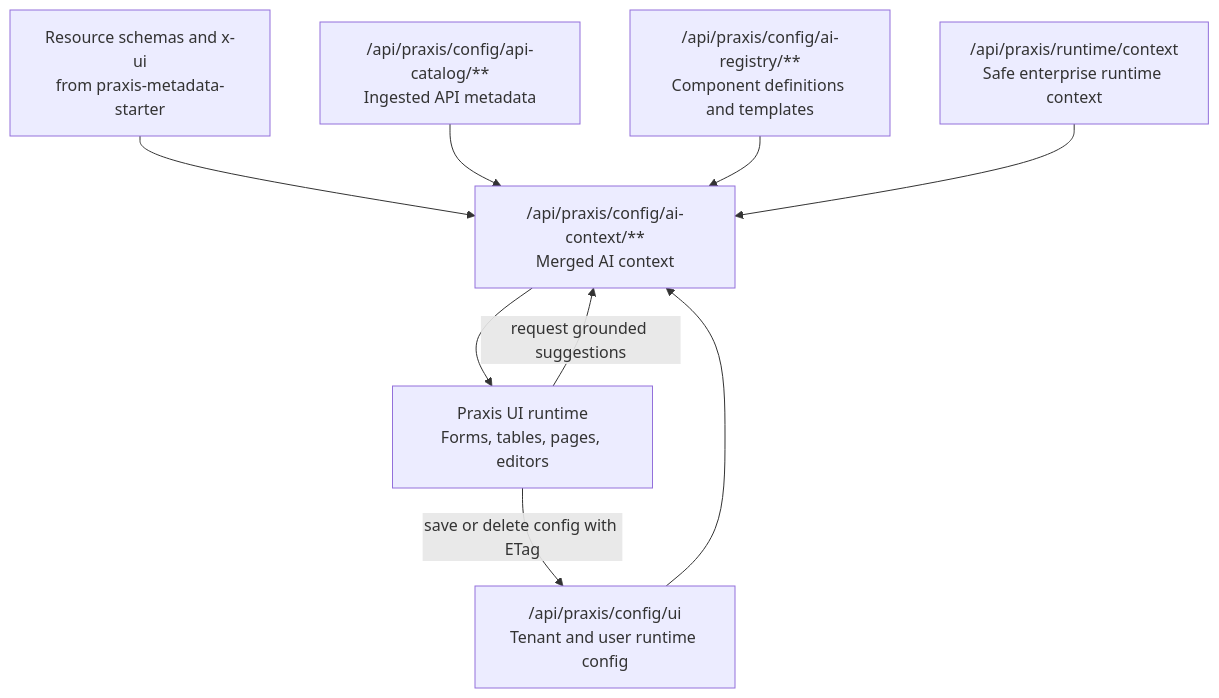
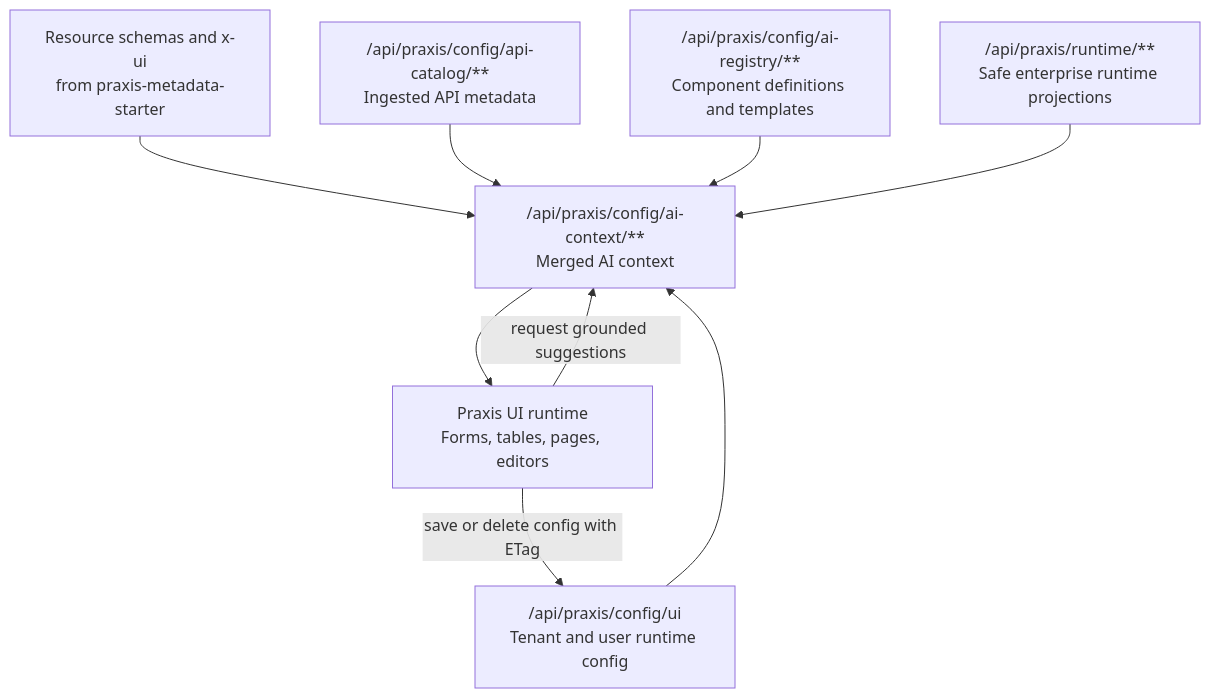
The second of 3 diagrams in README.md (codexrodrigues/praxis-config-starter), drawn with Mermaid before and after one commit. The commit also changed other lines of this file and 10 other files, not shown here.

Commit message:
feat: add enterprise runtime navigation endpoint

````diff
--- a/README.md
+++ b/README.md
@@ -91,19 +91,19 @@
 ```mermaid
 flowchart TD
     schemas["Resource schemas and x-ui<br/>from praxis-metadata-starter"]
     apiCatalog["/api/praxis/config/api-catalog/**<br/>Ingested API metadata"]
     registry["/api/praxis/config/ai-registry/**<br/>Component definitions and templates"]
     uiConfig["/api/praxis/config/ui<br/>Tenant and user runtime config"]
-    runtimeContext["/api/praxis/runtime/context<br/>Safe enterprise runtime context"]
+    runtimeContext["/api/praxis/runtime/**<br/>Safe enterprise runtime projections"]
     context["/api/praxis/config/ai-context/**<br/>Merged AI context"]
     runtime["Praxis UI runtime<br/>Forms, tables, pages, editors"]
 
     schemas --> context
     apiCatalog --> context
     registry --> context
     uiConfig --> context
     runtimeContext --> context
     context --> runtime
     runtime -->|"save or delete config with ETag"| uiConfig
     runtime -->|"request grounded suggestions"| context
 ```
````
